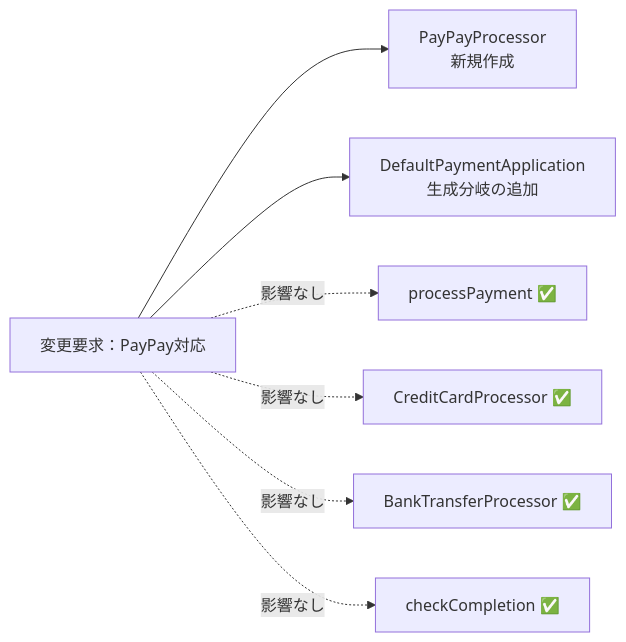
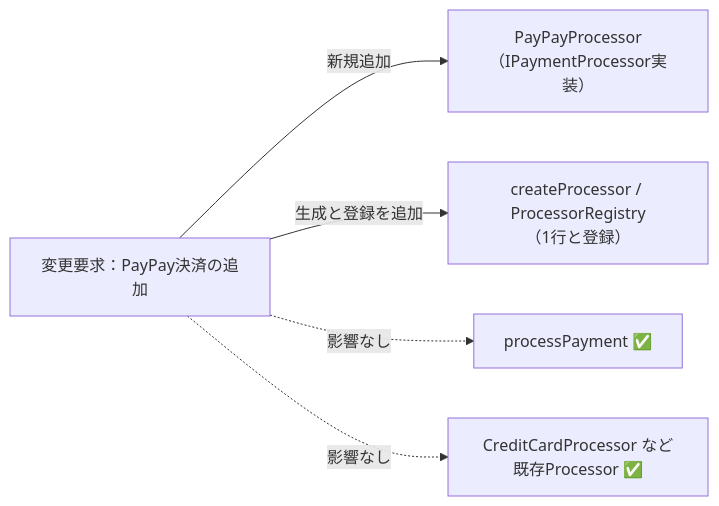
Diagram 11 of 13 in kindle/design-patterns/output/chapter08.md (kumachan1101-pixel/DesignPattern), drawn with Mermaid before and after one commit. The commit also changed other lines of this file and 1 other file, not shown here.

````diff
--- a/kindle/design-patterns/output/chapter08.md
+++ b/kindle/design-patterns/output/chapter08.md
@@ -2360,9 +2328,8 @@
 ```mermaid
 graph LR
-    T1["変更要求：PayPay対応"] --> F0["PayPayProcessor<br>新規作成"]
-    T1 --> F1["DefaultPaymentApplication<br>生成分岐の追加"]
+    T1["変更要求：PayPay決済の追加"]
+        -->|新規追加| F0["PayPayProcessor<br>（IPaymentProcessor実装）"]
+    T1 -->|生成と登録を追加| F1["createProcessor / ProcessorRegistry<br>（1行と登録）"]
     T1 -. "影響なし" .-> A["processPayment ✅"]
-    T1 -. "影響なし" .-> B["CreditCardProcessor ✅"]
-    T1 -. "影響なし" .-> C["BankTransferProcessor ✅"]
-    T1 -. "影響なし" .-> D["checkCompletion ✅"]
+    T1 -. "影響なし" .-> B["CreditCardProcessor など既存Processor ✅"]
 ```
````
